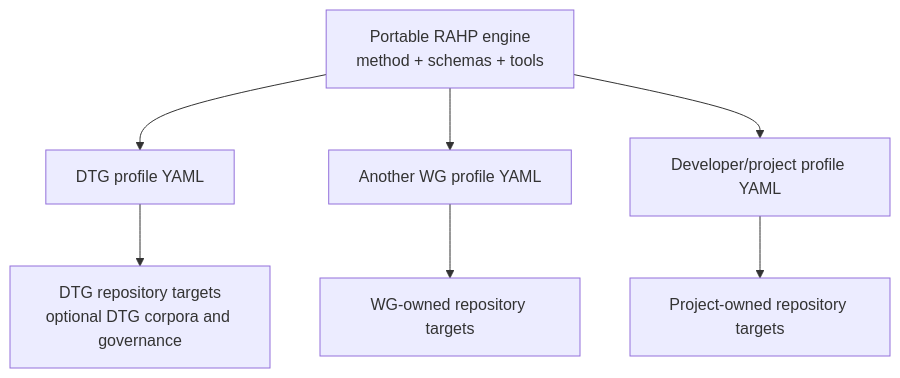
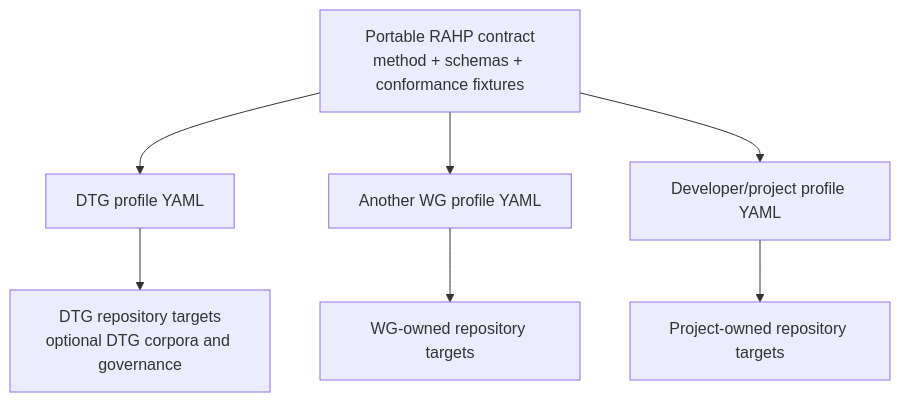
One commit to sankarshanmukhopadhyay/dtgwg-rahp-tf changed the diagram in docs/portability.md. Above: the diagram before and after it, drawn with Mermaid. The commit also changed other lines of this file and 127 other files, not shown here.

````diff
--- a/docs/portability.md
+++ b/docs/portability.md
@@ -11,9 +11,9 @@
 ```mermaid
 flowchart TD
-    E[Portable RAHP engine<br/>method + schemas + tools] --> C1[DTG profile YAML]
+    E[Portable RAHP contract<br/>method + schemas + conformance fixtures] --> C1[DTG profile YAML]
     E --> C2[Another WG profile YAML]
     E --> C3[Developer/project profile YAML]
     C1 --> D[DTG repository targets<br/>optional DTG corpora and governance]
     C2 --> W[WG-owned repository targets]
     C3 --> P[Project-owned repository targets]
 ```
````
